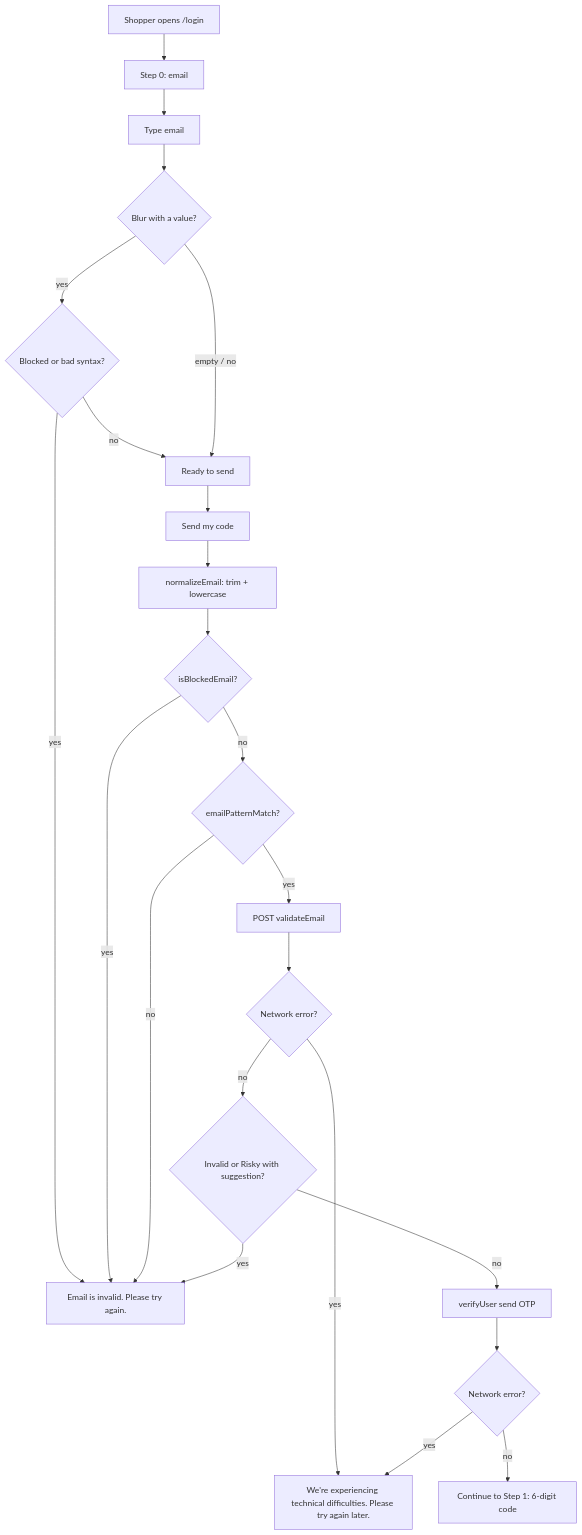
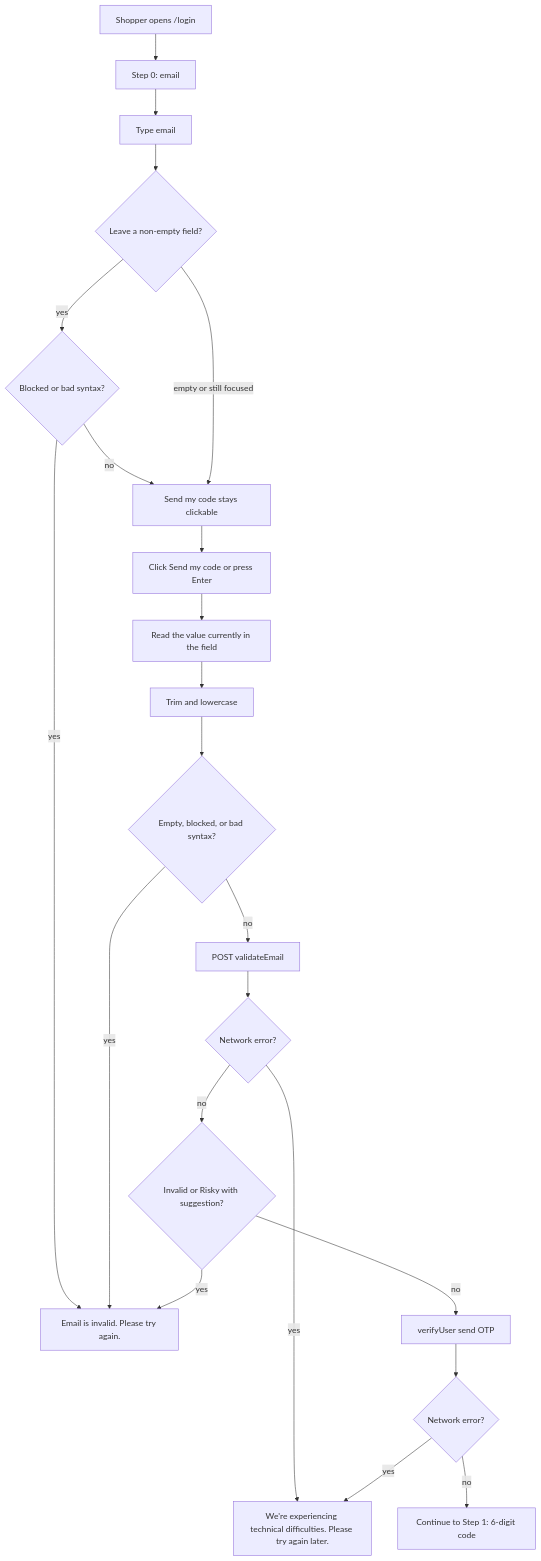
One commit to CRE8Interactions/frontend-buyer-app changed the diagram in docs/login-validations.mmd. Above: the diagram before and after it, drawn with Mermaid. The commit also changed 30 other files, not shown here.

```diff
--- a/docs/login-validations.mmd
+++ b/docs/login-validations.mmd
@@ -1,32 +1,31 @@
 %% Step 0: login (email)
 %% Source: app/login/page.tsx and lib/fieldValidation.ts
 %% Email: Email is invalid. Please try again.
 %% Network: We're experiencing technical difficulties. Please try again later.
 
 flowchart TD
   start[Shopper opens /login] --> emailStep[Step 0: email]
 
   emailStep --> typeEmail[Type email]
-  typeEmail --> blurEmail{Blur with a value?}
+  typeEmail --> blurEmail{Leave a non-empty field?}
   blurEmail -->|yes| localEmail{Blocked or bad syntax?}
   localEmail -->|yes| emailInvalid["Email is invalid. Please try again."]
-  localEmail -->|no| readySend[Ready to send]
-  blurEmail -->|empty / no| readySend
+  localEmail -->|no| readySend[Send my code stays clickable]
+  blurEmail -->|empty or still focused| readySend
 
-  readySend --> sendClick[Send my code]
-  sendClick --> normalize[normalizeEmail: trim + lowercase]
+  readySend --> sendClick[Click Send my code or press Enter]
+  sendClick --> readDom[Read the value currently in the field]
+  readDom --> normalize[Trim and lowercase]
 
-  normalize --> blocked{isBlockedEmail?}
-  blocked -->|yes| emailInvalid
-  blocked -->|no| syntax{emailPatternMatch?}
-  syntax -->|no| emailInvalid
-  syntax -->|yes| sendgrid[POST validateEmail]
+  normalize --> emptyOrBad{Empty, blocked, or bad syntax?}
+  emptyOrBad -->|yes| emailInvalid
+  emptyOrBad -->|no| sendgrid[POST validateEmail]
 
   sendgrid --> sgFail{Network error?}
   sgFail -->|yes| network["We're experiencing technical difficulties. Please try again later."]
   sgFail -->|no| sgVerdict{Invalid or Risky with suggestion?}
   sgVerdict -->|yes| emailInvalid
   sgVerdict -->|no| verifyUser[verifyUser send OTP]
   verifyUser --> verifyFail{Network error?}
   verifyFail -->|yes| network
   verifyFail -->|no| nextStep[Continue to Step 1: 6-digit code]
```
